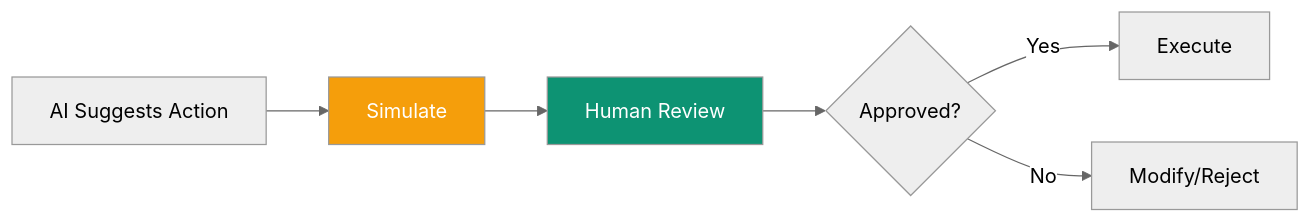
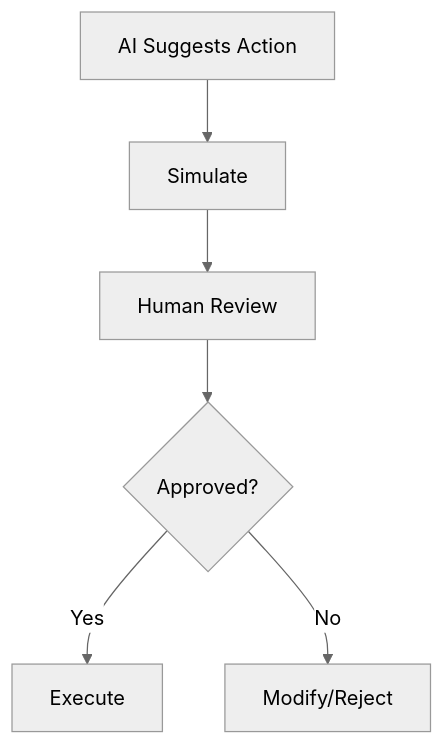
The fourth of 4 diagrams in introduction/core-concepts.mdx (ashishsuperatom/tech-docs), drawn with Mermaid (neutral theme) before and after one commit. The commit also changed other lines of this file and 37 other files, not shown here.

First line of the commit message:
Clean up docs: remove em-dashes, fix mermaid diagrams, remove emojis

````diff
--- a/introduction/core-concepts.mdx
+++ b/introduction/core-concepts.mdx
@@ -184,11 +176,9 @@
 ```mermaid
-flowchart LR
+flowchart TD
     AI["AI Suggests Action"] --> SIM["Simulate"]
     SIM --> REVIEW["Human Review"]
     REVIEW --> APPROVE{"Approved?"}
     APPROVE -->|Yes| EXECUTE["Execute"]
     APPROVE -->|No| MODIFY["Modify/Reject"]
 
-    style SIM fill:#f59e0b,color:#fff
-    style REVIEW fill:#0D9373,color:#fff
 ```
````
